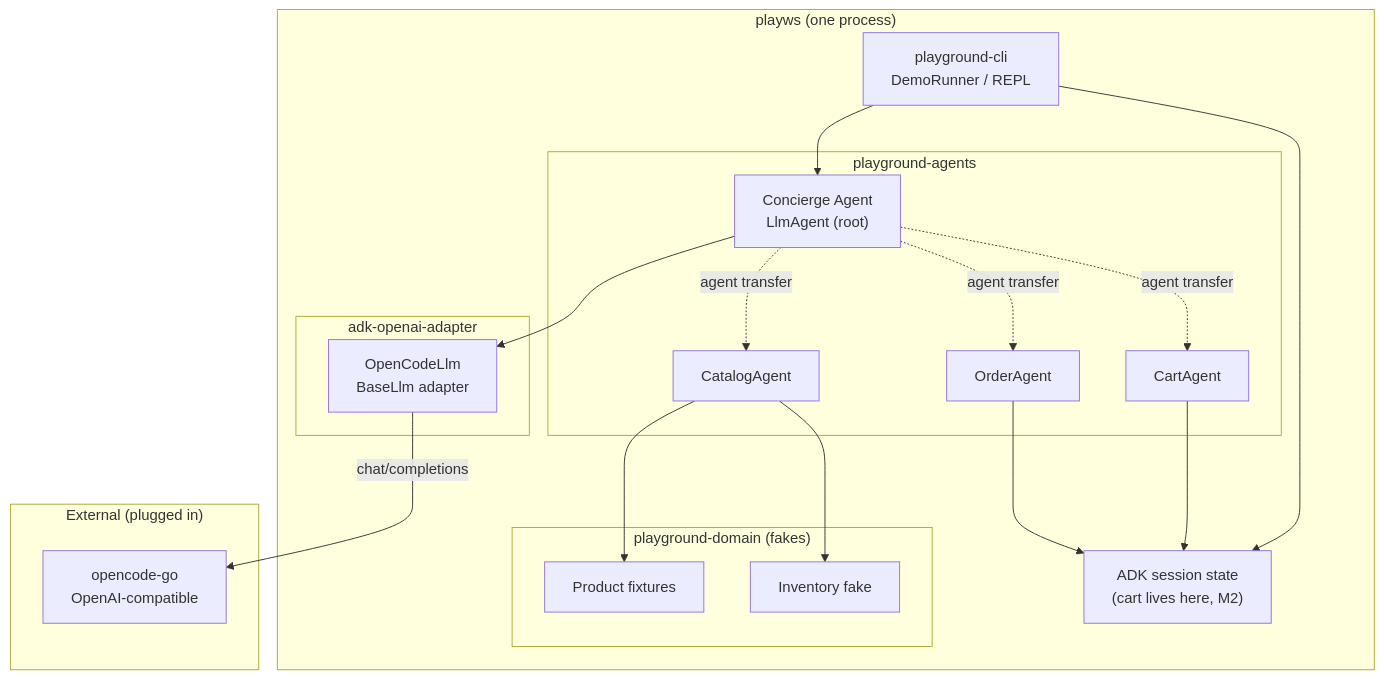
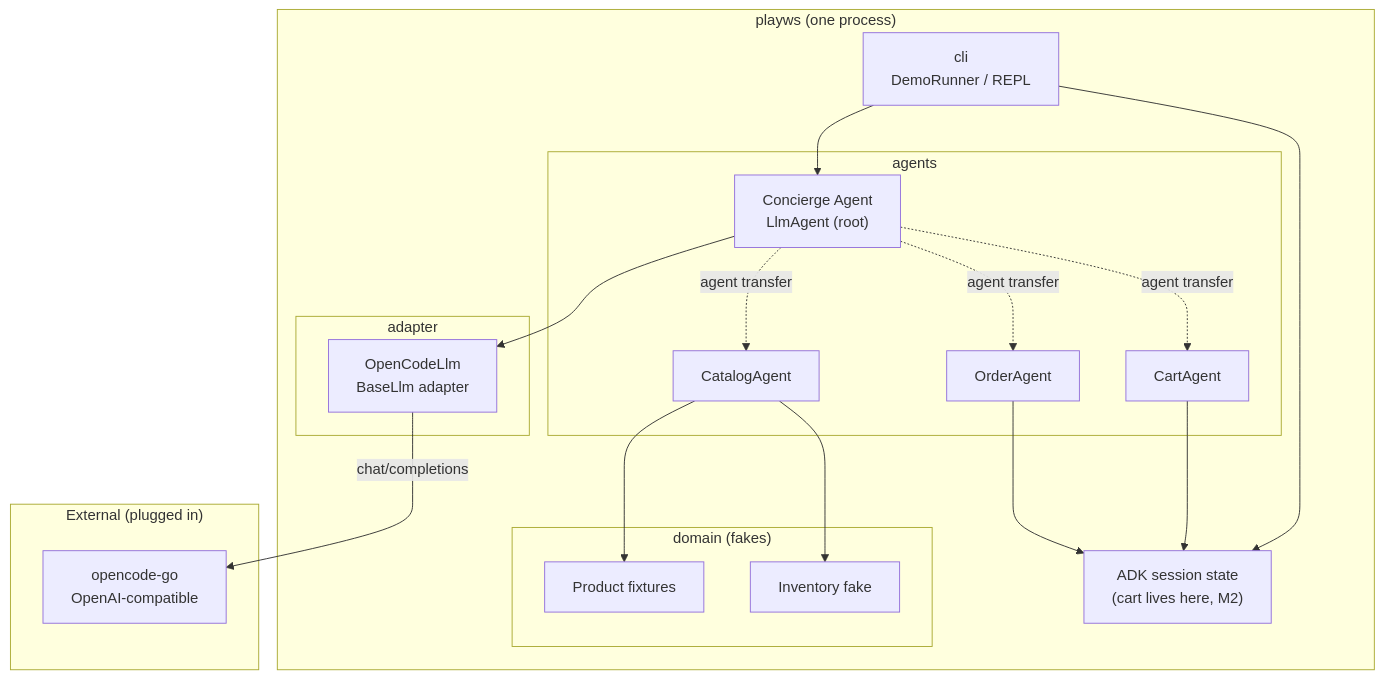
The first of 2 diagrams in README.md (thanhdoancong127/adk-playground), drawn with Mermaid before and after one commit. The commit also changed other lines of this file and 16 other files, not shown here.

First line of the commit message:
refactor!: drop 'playground-' module prefix (adapter/domain/agents/cli)

````diff
--- a/README.md
+++ b/README.md
@@ -70,40 +70,40 @@
 ```mermaid
 flowchart TB
     subgraph proc["playws (one process)"]
-        CLI["playground-cli<br/>DemoRunner / REPL"]
+        CLI["cli<br/>DemoRunner / REPL"]
 
-        subgraph agents["playground-agents"]
+        subgraph agents["agents"]
             ROOT["Concierge Agent<br/>LlmAgent (root)"]
             CAT["CatalogAgent"]
             CART["CartAgent"]
             ORD["OrderAgent"]
         end
 
         SESS["ADK session state<br/>(cart lives here, M2)"]
 
-        subgraph dom["playground-domain (fakes)"]
+        subgraph dom["domain (fakes)"]
             PROD["Product fixtures"]
             STOCK["Inventory fake"]
         end
 
-        subgraph llmb["adk-openai-adapter"]
+        subgraph llmb["adapter"]
             ADAPT["OpenCodeLlm<br/>BaseLlm adapter"]
         end
     end
 
     subgraph ext["External (plugged in)"]
         OCGO["opencode-go<br/>OpenAI-compatible"]
     end
 
     CLI --> ROOT
     CLI --> SESS
     ROOT -.->|agent transfer| CAT
     ROOT -.->|agent transfer| CART
     ROOT -.->|agent transfer| ORD
     CAT --> PROD
     CAT --> STOCK
     CART --> SESS
     ORD --> SESS
     ROOT --> ADAPT
     ADAPT -->|"chat/completions"| OCGO
 ```
````
